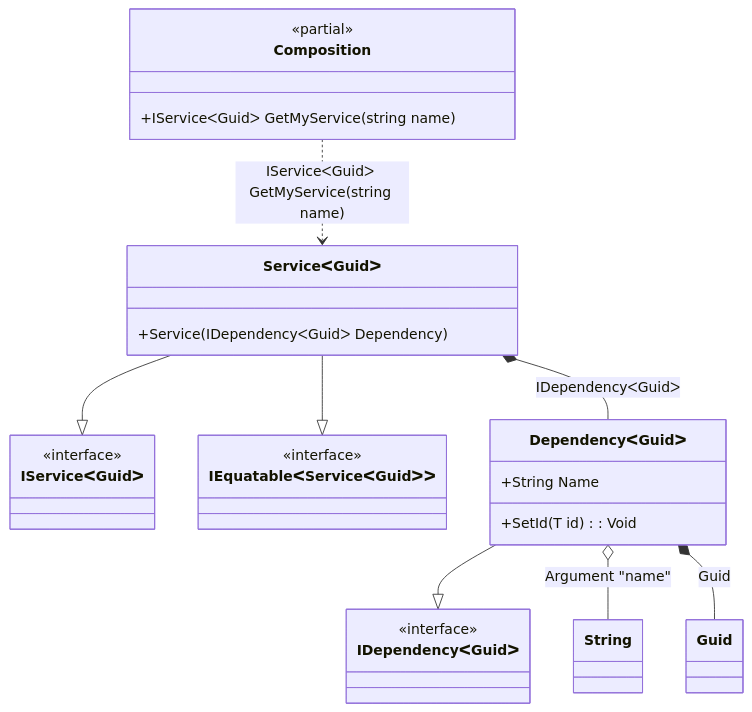
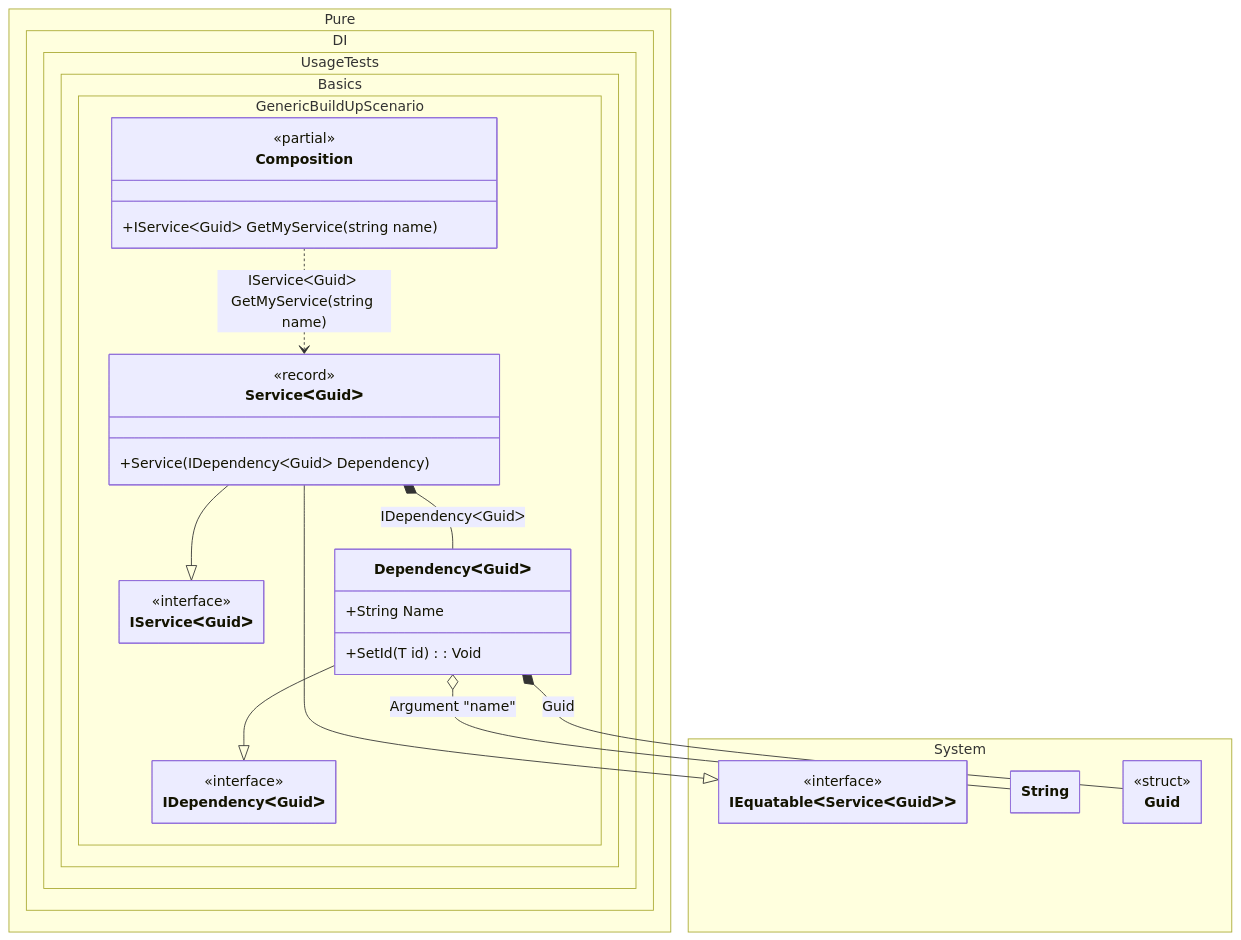
One commit to DevTeam/Pure.DI changed the diagram in readme/build-up-of-an-existing-generic-object.md. Above: the diagram before and after it, drawn with Mermaid. The commit also changed 103 other files, not shown here.

Commit message:
Improved class diagrams

````diff
--- a/readme/build-up-of-an-existing-generic-object.md
+++ b/readme/build-up-of-an-existing-generic-object.md
@@ -94,32 +94,45 @@
 ```mermaid
+---
+ config:
+  class:
+   hideEmptyMembersBox: true
+---
 classDiagram
-	class Composition {
-		<<partial>>
-		+IServiceᐸGuidᐳ GetMyService(string name)
-	}
 	ServiceᐸGuidᐳ --|> IServiceᐸGuidᐳ
 	ServiceᐸGuidᐳ --|> IEquatableᐸServiceᐸGuidᐳᐳ
-	class ServiceᐸGuidᐳ {
-		+Service(IDependencyᐸGuidᐳ Dependency)
-	}
 	DependencyᐸGuidᐳ --|> IDependencyᐸGuidᐳ
-	class DependencyᐸGuidᐳ {
-		+String Name
-		+SetId(T id) : Void
-	}
-	class String
-	class Guid
-	class IServiceᐸGuidᐳ {
-		<<interface>>
-	}
-	class IEquatableᐸServiceᐸGuidᐳᐳ {
-		<<interface>>
-	}
-	class IDependencyᐸGuidᐳ {
-		<<interface>>
-	}
 	Composition ..> ServiceᐸGuidᐳ : IServiceᐸGuidᐳ GetMyService(string name)
 	ServiceᐸGuidᐳ *--  DependencyᐸGuidᐳ : IDependencyᐸGuidᐳ
 	DependencyᐸGuidᐳ o-- String : Argument "name"
 	DependencyᐸGuidᐳ *--  Guid : Guid
+	namespace Pure.DI.UsageTests.Basics.GenericBuildUpScenario {
+		class Composition {
+		<<partial>>
+		+IServiceᐸGuidᐳ GetMyService(string name)
+		}
+		class DependencyᐸGuidᐳ {
+			+String Name
+			+SetId(T id) : Void
+		}
+		class IDependencyᐸGuidᐳ {
+			<<interface>>
+		}
+		class IServiceᐸGuidᐳ {
+			<<interface>>
+		}
+		class ServiceᐸGuidᐳ {
+				<<record>>
+			+Service(IDependencyᐸGuidᐳ Dependency)
+		}
+	}
+	namespace System {
+		class Guid {
+				<<struct>>
+		}
+		class IEquatableᐸServiceᐸGuidᐳᐳ {
+			<<interface>>
+		}
+		class String {
+		}
+	}
 ```
````
